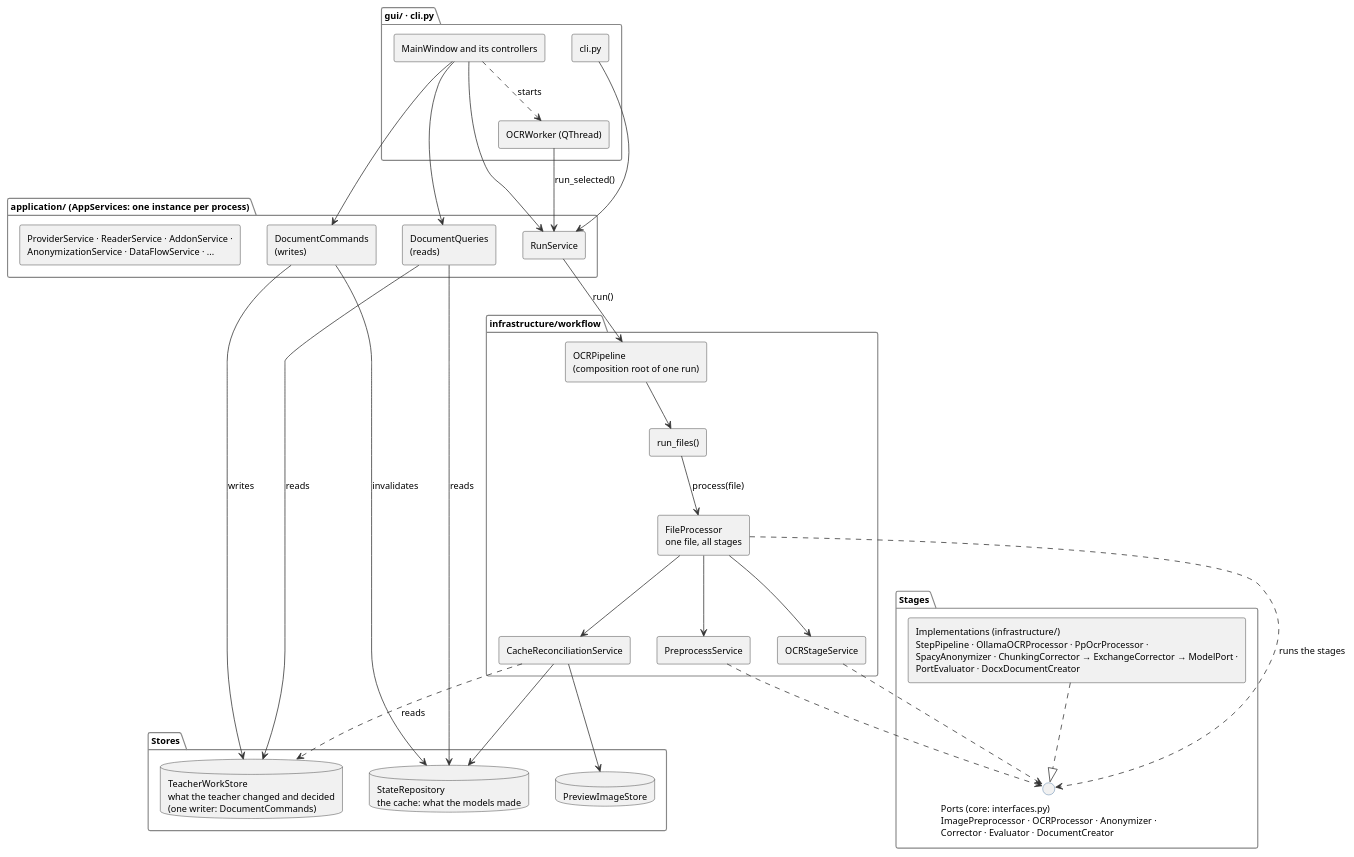
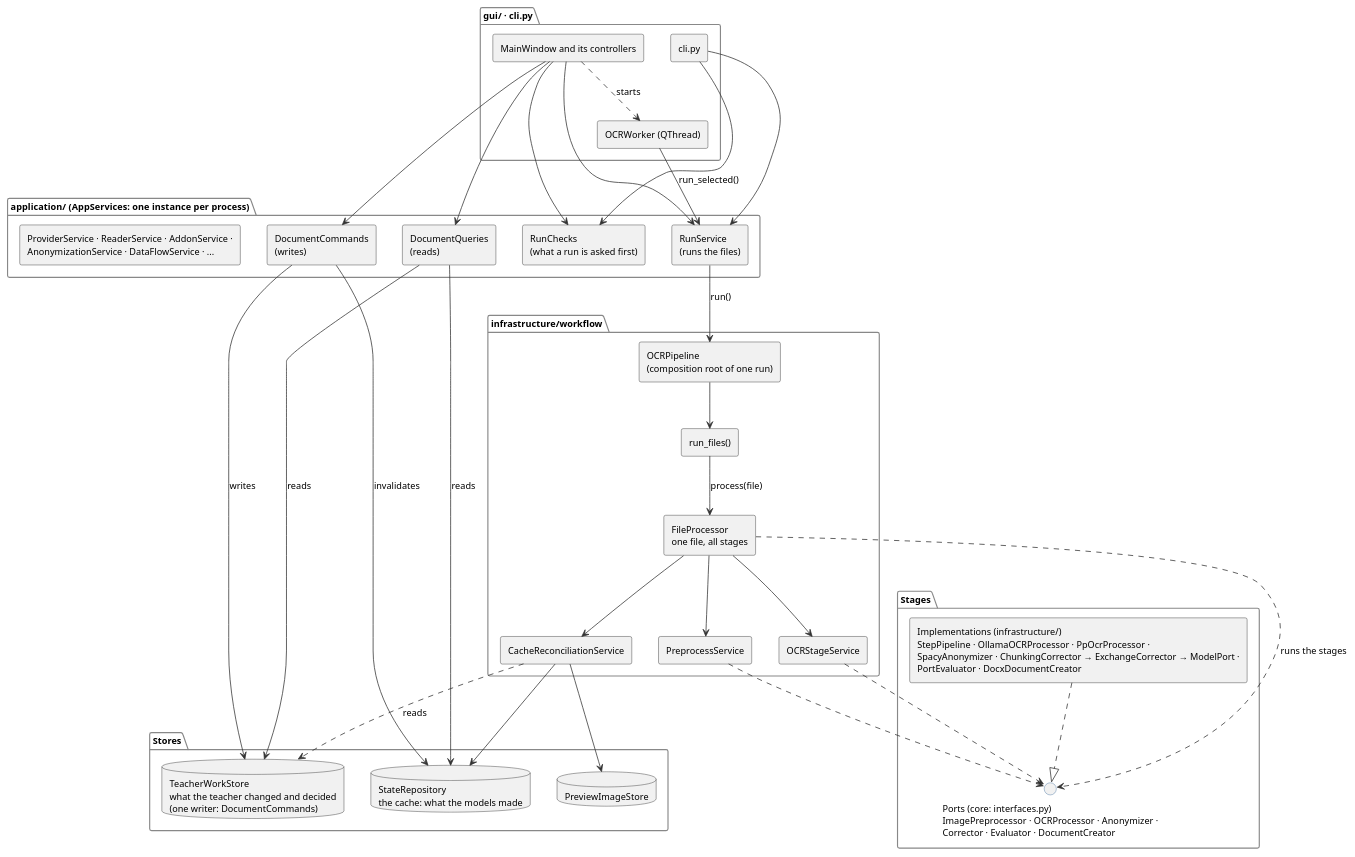
Before and after one commit to JoHoenk/teachers-teammate: the diagram in docs/assets/runtime_components.puml, drawn with PlantUML. The commit also changed 211 other files, not shown here.

First line of the commit message:
[domain, infra, app, gui, cli, texts, tests, docs, tool] One topic per module, and each stage hands on a typed result (#208)

```diff
--- a/docs/assets/runtime_components.puml
+++ b/docs/assets/runtime_components.puml
@@ -1,71 +1,74 @@
 @startuml Teacher's Teammate — What a run is made of
 top to bottom direction
 
 skinparam defaultFontSize 12
 skinparam shadowing false
 skinparam componentStyle rectangle
 skinparam packageBorderColor #888888
 skinparam arrowColor #333333
 skinparam interfaceBorderColor #336699
 
 package "gui/ · cli.py" {
   [MainWindow and its controllers] as GUI
   [OCRWorker (QThread)] as WORKER
   [cli.py] as CLI
 }
 
 package "application/  (AppServices: one instance per process)" {
-  [RunService] as RUN
+  [RunService\n(runs the files)] as RUN
+  [RunChecks\n(what a run is asked first)] as CHECKS
   [DocumentQueries\n(reads)] as QUERY
   [DocumentCommands\n(writes)] as CMD
   [ProviderService · ReaderService · AddonService ·\nAnonymizationService · DataFlowService · ...] as OTHER
 }
 
 package "infrastructure/workflow" {
   [OCRPipeline\n(composition root of one run)] as PIPE
   [run_files()] as COORD
   [FileProcessor\none file, all stages] as FP
   [CacheReconciliationService] as CACHE
   [PreprocessService] as PREP
   [OCRStageService] as OCRSVC
 }
 
 package "Stages" {
   interface "Ports (core: interfaces.py)\nImagePreprocessor · OCRProcessor · Anonymizer ·\nCorrector · Evaluator · DocumentCreator" as PORTS
   [Implementations (infrastructure/)\nStepPipeline · OllamaOCRProcessor · PpOcrProcessor ·\nSpacyAnonymizer · ChunkingCorrector → ExchangeCorrector → ModelPort ·\nPortEvaluator · DocxDocumentCreator] as IMPL
 }
 
 package "Stores" {
   database "StateRepository\nthe cache: what the models made" as STATE
   database "TeacherWorkStore\nwhat the teacher changed and decided\n(one writer: DocumentCommands)" as WORK
   database "PreviewImageStore" as IMG
 }
 
 GUI --> RUN
+GUI --> CHECKS
 GUI --> QUERY
 GUI --> CMD
 WORKER --> RUN : run_selected()
 CLI --> RUN
+CLI --> CHECKS
 GUI ..> WORKER : starts
 
 RUN --> PIPE : run()
 PIPE --> COORD
 COORD --> FP : process(file)
 FP --> CACHE
 FP --> PREP
 FP --> OCRSVC
 CACHE --> STATE
 CACHE --> IMG
 CACHE ..> WORK : reads
 
 FP ..> PORTS : runs the stages
 PREP ..> PORTS
 OCRSVC ..> PORTS
 IMPL ..|> PORTS
 
 QUERY --> STATE : reads
 QUERY --> WORK : reads
 CMD --> WORK : writes
 CMD --> STATE : invalidates
 
 @enduml
```
